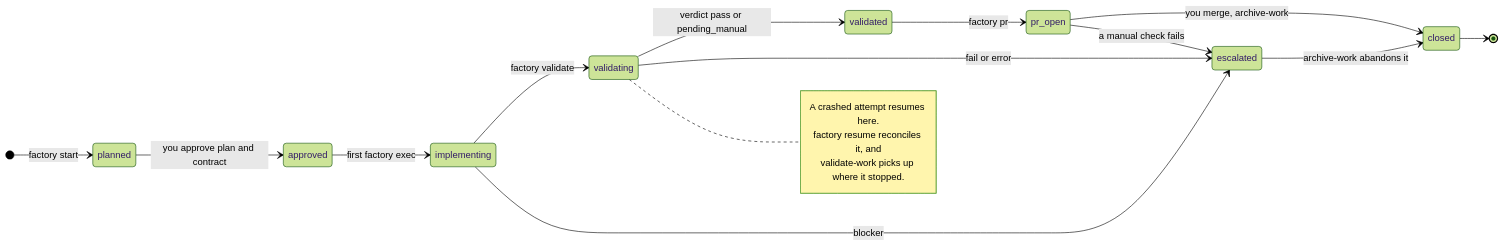
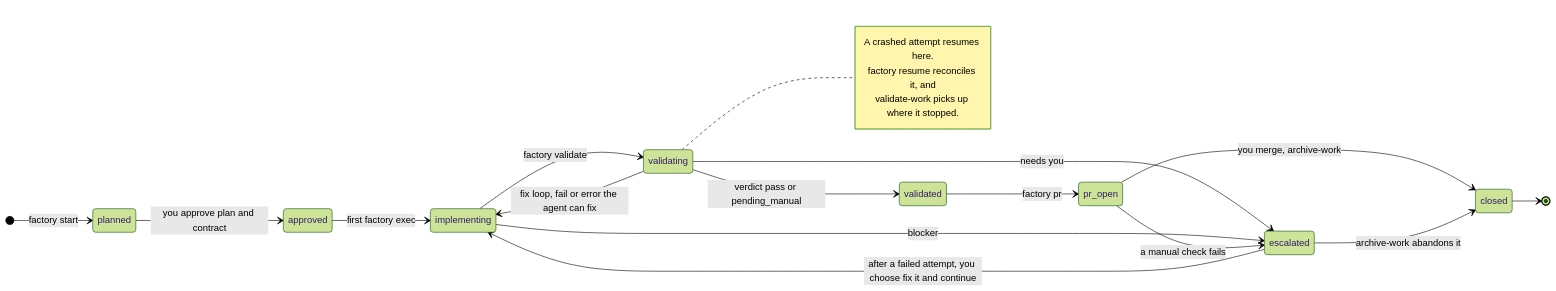
One commit to fusupo/escapement changed the third of 4 diagrams in README.md. Above: the diagram before and after it, drawn with Mermaid (forest theme). The commit also changed other lines of this file and 1 other file, not shown here.

````diff
--- a/README.md
+++ b/README.md
@@ -137,21 +137,23 @@
 ```mermaid
 stateDiagram-v2
     direction LR
     [*] --> planned: factory start
     planned --> approved: you approve plan and contract
     approved --> implementing: first factory exec
     implementing --> validating: factory validate
     validating --> validated: verdict pass or pending_manual
     validated --> pr_open: factory pr
     pr_open --> closed: you merge, archive-work
-    validating --> escalated: fail or error
+    validating --> implementing: fix loop, fail or error the agent can fix
+    validating --> escalated: needs you
     implementing --> escalated: blocker
     pr_open --> escalated: a manual check fails
+    escalated --> implementing: after a failed attempt, you choose fix it and continue
     escalated --> closed: archive-work abandons it
     closed --> [*]
     note right of validating
         A crashed attempt resumes here.
         factory resume reconciles it, and
         validate-work picks up where it stopped.
     end note
 ```
````
